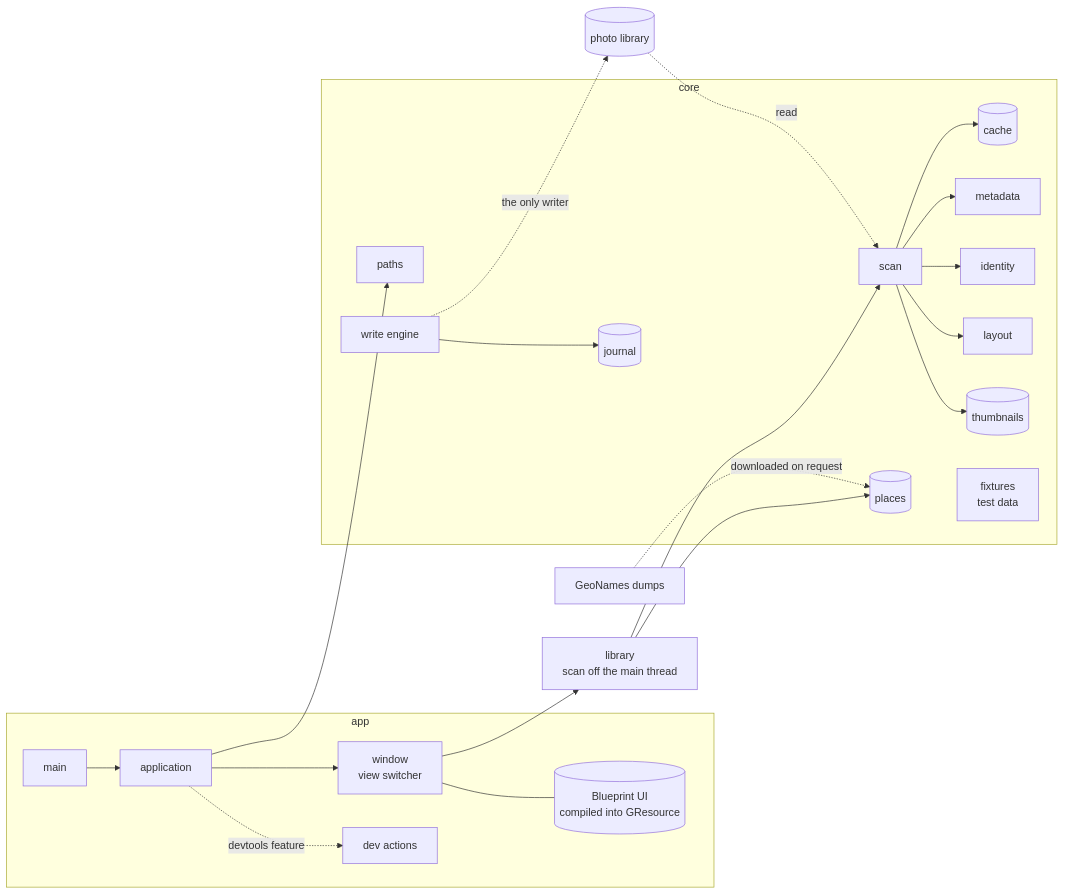
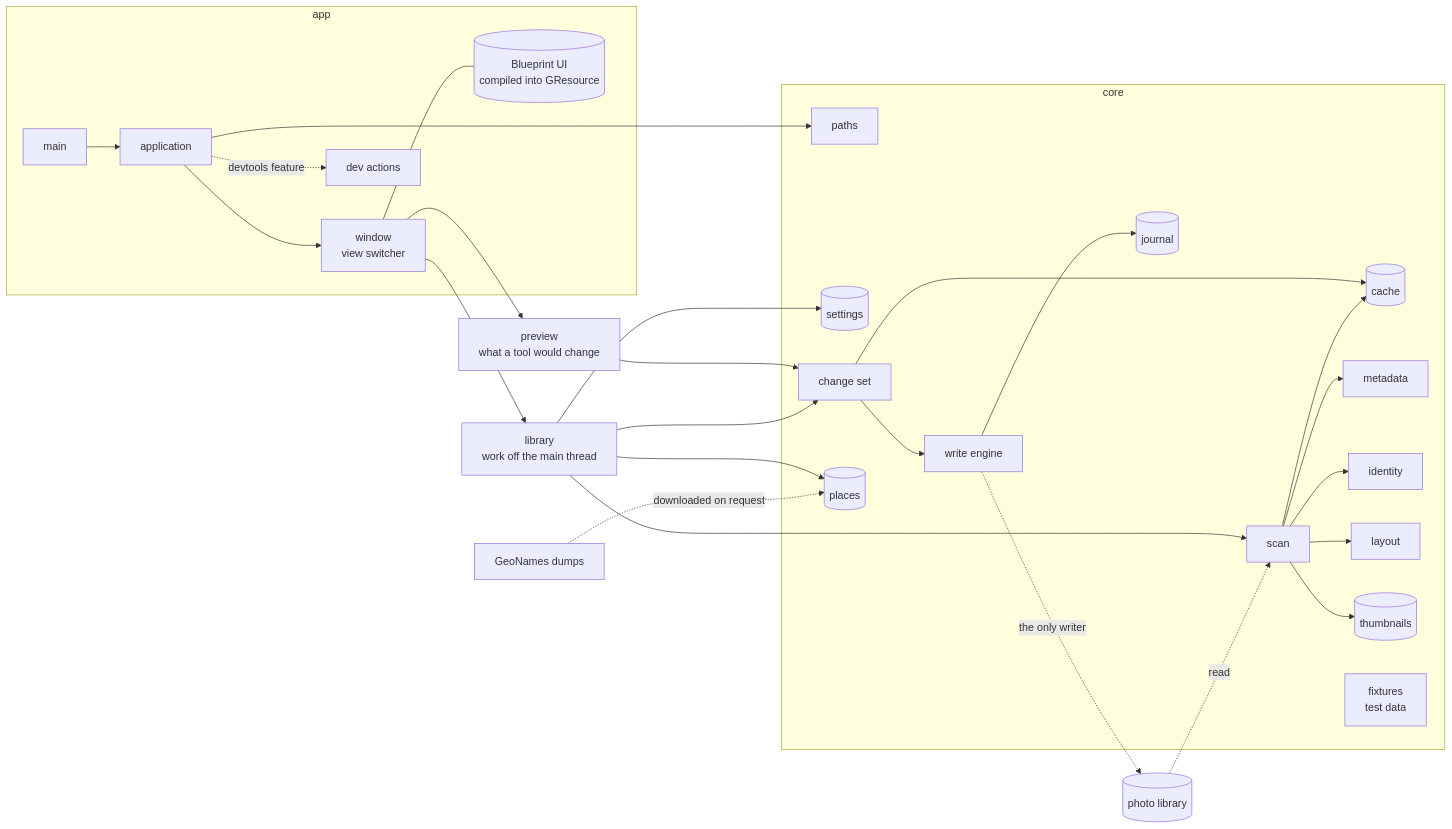
One commit to xuedi/photoManager changed the diagram in docs/overview.md. Above: the diagram before and after it, drawn with Mermaid. The commit also changed other lines of this file and 5 other files, not shown here.

Commit message:
write down how a preview works

````diff
--- a/docs/overview.md
+++ b/docs/overview.md
@@ -5,27 +5,34 @@
 ```mermaid
 flowchart LR
     subgraph app [app]
         main[main] --> application
         application --> window[window<br/>view switcher]
         application -. devtools feature .-> devtools[dev actions]
         window --- blueprint[(Blueprint UI<br/>compiled into GResource)]
     end
     subgraph core [core]
         paths
+        settings[(settings)]
+        changeset[change set] --> cache
+        changeset --> write
         scan --> cache[(cache)]
         scan --> metadata
         scan --> identity
         scan --> layout
         scan --> thumbs[(thumbnails)]
         geo[(places)]
         write[write engine] --> journal[(journal)]
         fixtures[fixtures<br/>test data]
     end
     application --> paths
-    window --> library[library<br/>scan off the main thread]
+    window --> preview[preview<br/>what a tool would change]
+    window --> library[library<br/>work off the main thread]
+    preview --> changeset
     library --> scan
     library --> geo
+    library --> changeset
+    library --> settings
     photos[(photo library)] -. read .-> scan
     write -. the only writer .-> photos
     geonames[GeoNames dumps] -. downloaded on request .-> geo
 ```
````
